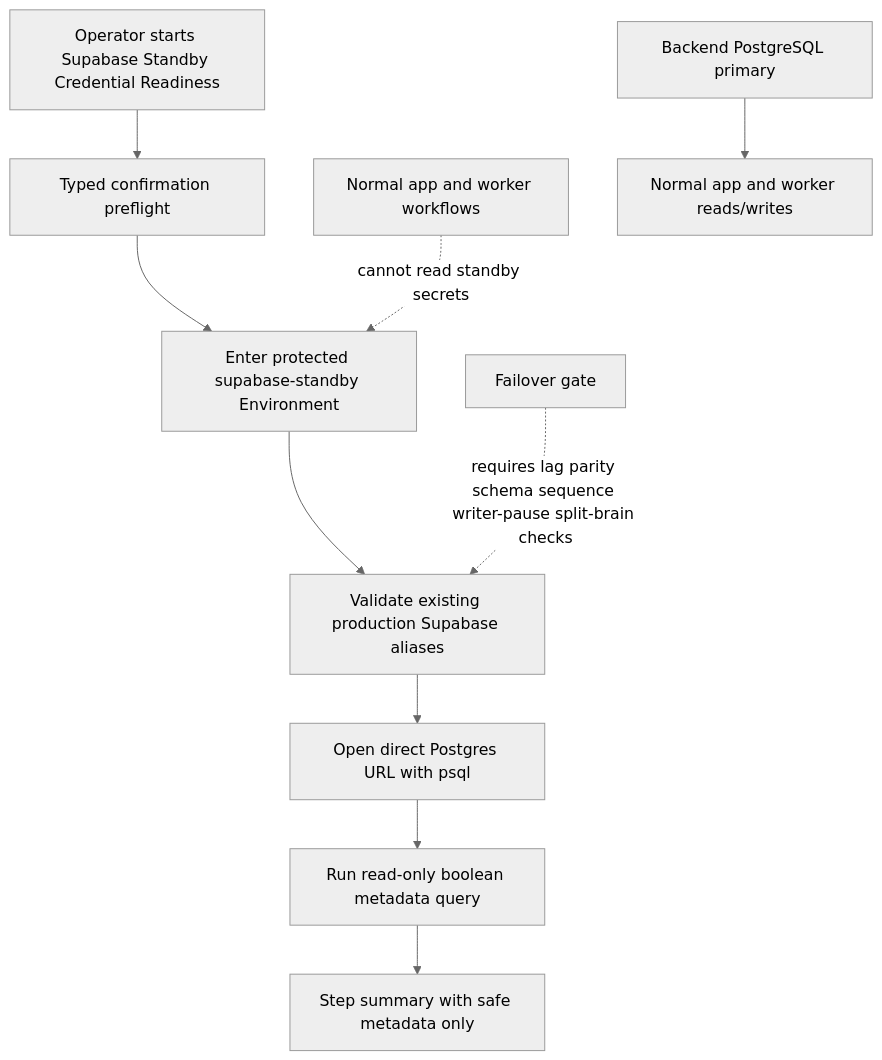
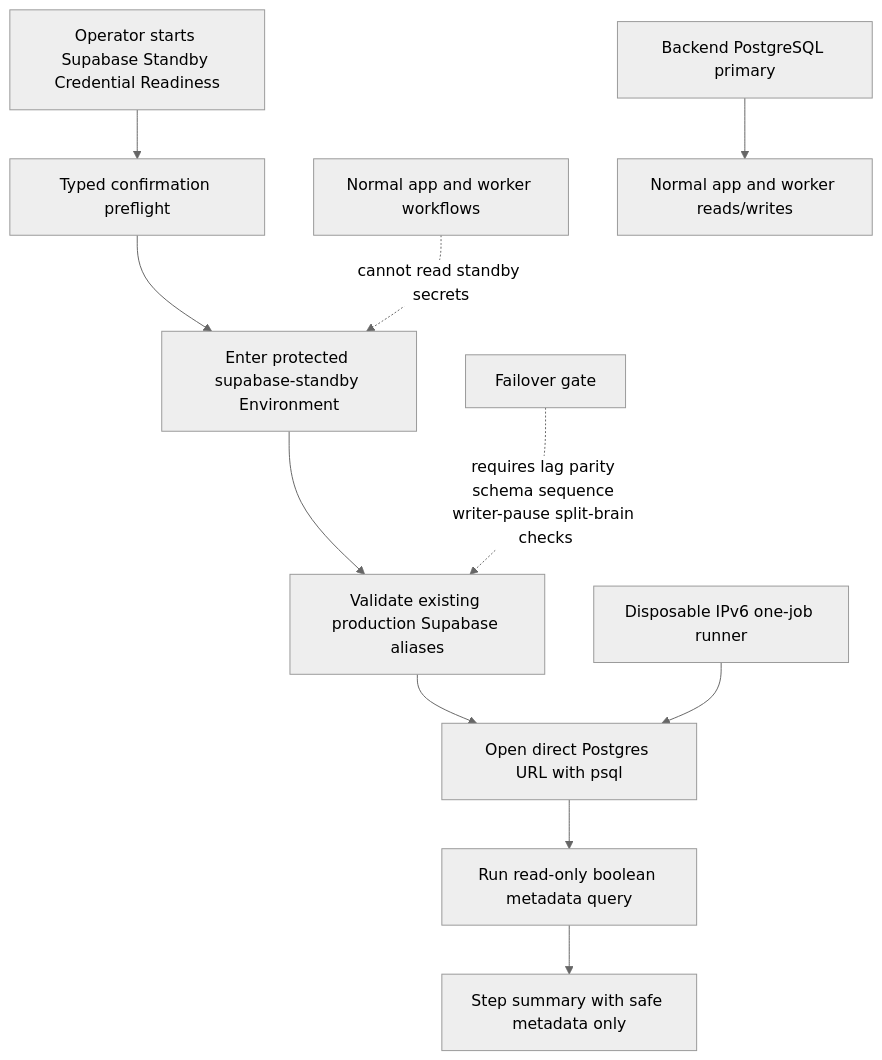
One commit to ramideltoro/nutsnews-docs changed the second of 6 diagrams in NUTSNEWS_BACKEND_POSTGRES_FAILOVER.md. Above: the diagram before and after it, drawn with Mermaid (neutral theme). The commit also changed other lines of this file and 2 other files, not shown here.

Commit message:
Document Supabase standby IPv6 runner

````diff
--- a/NUTSNEWS_BACKEND_POSTGRES_FAILOVER.md
+++ b/NUTSNEWS_BACKEND_POSTGRES_FAILOVER.md
@@ -77,12 +80,13 @@
 ```mermaid
 flowchart TD
     A[Operator starts Supabase Standby Credential Readiness] --> B[Typed confirmation preflight]
     B --> C[Enter protected supabase-standby Environment]
     C --> D[Validate existing production Supabase aliases]
     D --> E[Open direct Postgres URL with psql]
     E --> F[Run read-only boolean metadata query]
     F --> G[Step summary with safe metadata only]
+    R[Disposable IPv6 one-job runner] --> E
     H[Normal app and worker workflows] -. cannot read standby secrets .-> C
     I[Backend PostgreSQL primary] --> J[Normal app and worker reads/writes]
     K[Failover gate] -. requires lag parity schema sequence writer-pause split-brain checks .-> D
 ```
````
